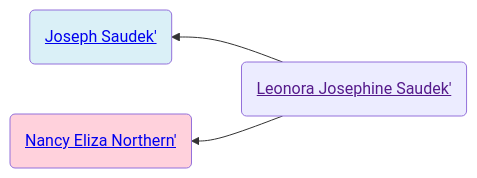
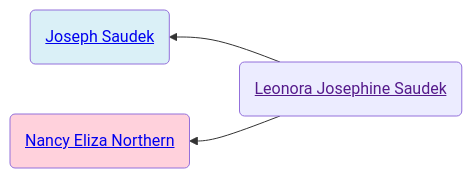
Before and after one commit to neelsmith/avocational: the first of 2 diagrams in familyhistory/sources/people/Neel-line/Blanton-line/Saudek-line/Leonora_Josephine_Saudek.qmd, drawn with Mermaid. The commit also changed other lines of this file and 96 other files, not shown here.

````diff
--- a/familyhistory/sources/people/Neel-line/Blanton-line/Saudek-line/Leonora_Josephine_Saudek.qmd
+++ b/familyhistory/sources/people/Neel-line/Blanton-line/Saudek-line/Leonora_Josephine_Saudek.qmd
@@ -26,12 +26,12 @@
 ```{mermaid}
 graph RL
 %% RL ancestor diagram
-Leonora_Josephine_Saudek(<a href=''>Leonora Josephine Saudek'</>) -->  Joseph_Saudek(<a href='./Joseph_Saudek.html'>Joseph Saudek'</>)
+Leonora_Josephine_Saudek(<a href=''>Leonora Josephine Saudek</a>) -->  Joseph_Saudek(<a href='./Joseph_Saudek.html'>Joseph Saudek</a>)
 class Joseph_Saudek father
-Leonora_Josephine_Saudek(<a href=''>Leonora Josephine Saudek'</>)  --> Nancy_Eliza_Northern(<a href='./Northern-line/Nancy_Eliza_Northern.html'>Nancy Eliza Northern'</>)
+Leonora_Josephine_Saudek(<a href=''>Leonora Josephine Saudek</a>)  --> Nancy_Eliza_Northern(<a href='./Northern-line/Nancy_Eliza_Northern.html'>Nancy Eliza Northern</a>)
 class Nancy_Eliza_Northern mother
 classDef mother fill:#ffd1dc
 classDef father fill:#daf0f7  
 classDef marriage fill:#ffffff
 
 ```
````
